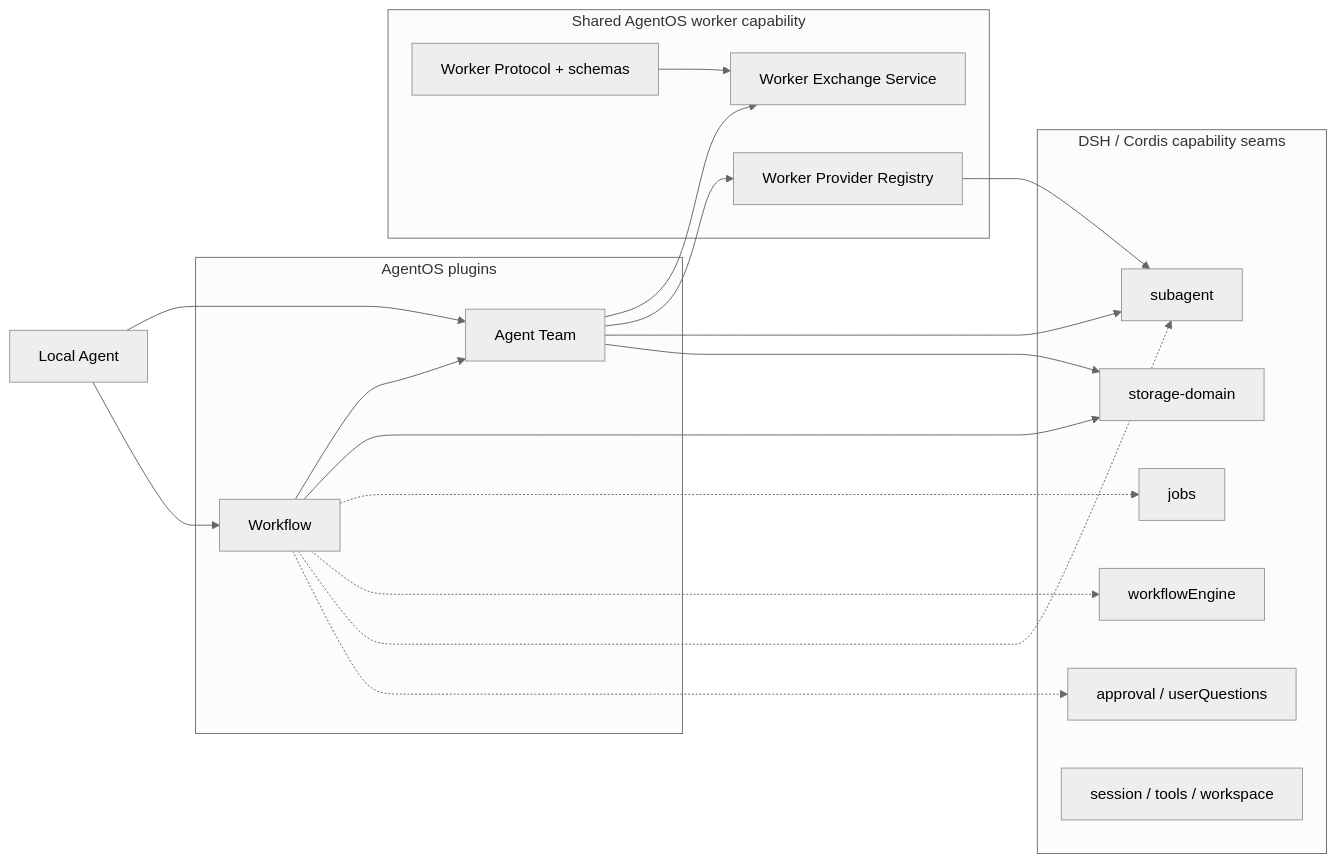
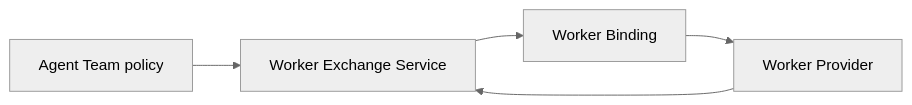
Before and after one commit to tsuuanmi/AgentOS: the second of 6 diagrams in docs/architecture/README.md, drawn with Mermaid (neutral theme). The commit also changed other lines of this file, not shown here.

Commit message:
docs: define AgentOS plugin-of-plugins architecture

```diff
--- a/docs/architecture/README.md
+++ b/docs/architecture/README.md
@@ -110,43 +196,12 @@
 ~~~mermaid
 flowchart LR
-    Local[Local Agent]
-
-    subgraph AgentOS["AgentOS plugins"]
-        Team[Agent Team]
-        Workflow[Workflow]
-    end
-
-    subgraph Shared["Shared AgentOS worker capability"]
-        Exchange[Worker Exchange Service]
-        Providers[Worker Provider Registry]
-        Protocol[Worker Protocol + schemas]
-    end
-
-    subgraph DSH["DSH / Cordis capability seams"]
-        Storage[storage-domain]
-        Subagents[subagent]
-        Jobs[jobs]
-        DSHWorkflow[workflowEngine]
-        Interaction[approval / userQuestions]
-        Runtime[session / tools / workspace]
-    end
-
-    Local --> Team
-    Local --> Workflow
-    Workflow --> Team
+    Team[Agent Team policy]
+    Exchange[Worker Exchange Service]
+    Binding[Worker Binding]
+    Provider[Worker Provider]
 
     Team --> Exchange
-    Team --> Providers
-    Protocol --> Exchange
-
-    Team --> Subagents
-    Team --> Storage
-
-    Workflow --> Storage
-    Workflow -.-> Jobs
-    Workflow -.-> DSHWorkflow
-    Workflow -.-> Subagents
-    Workflow -.-> Interaction
-
-    Providers --> Subagents
+    Exchange --> Binding
+    Binding --> Provider
+    Provider --> Exchange
 ~~~
```
